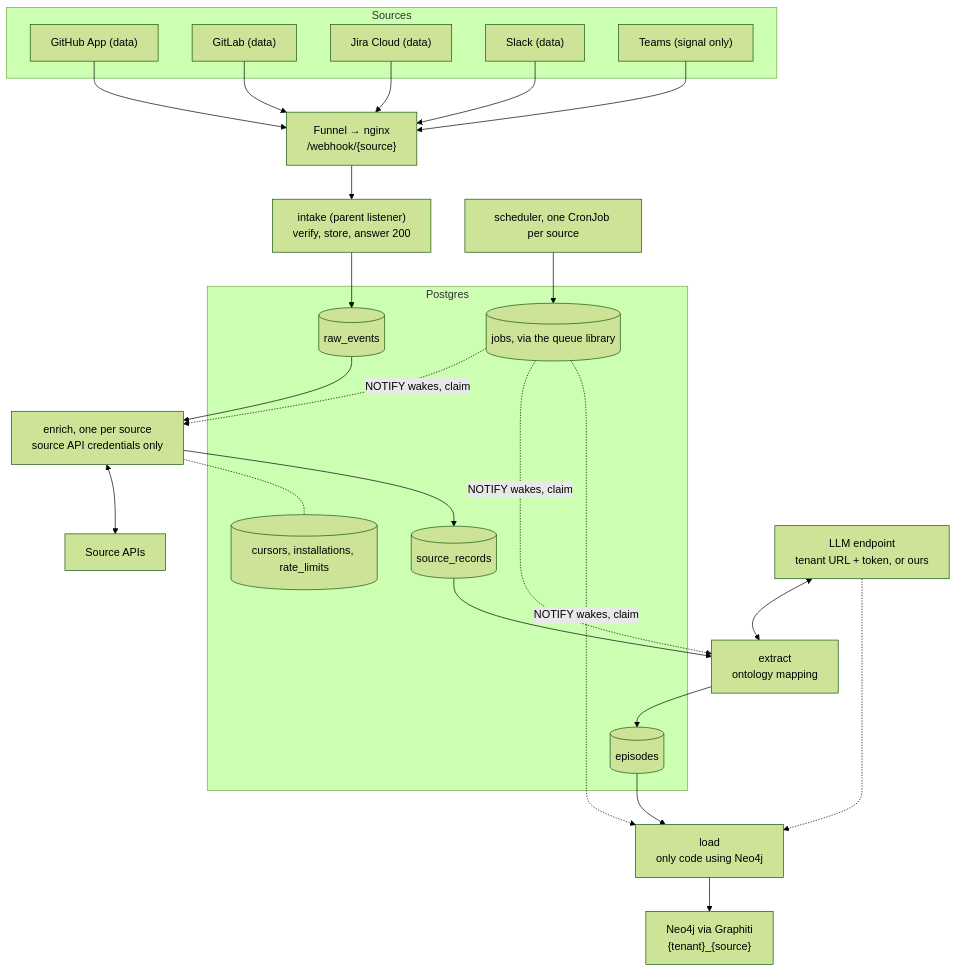
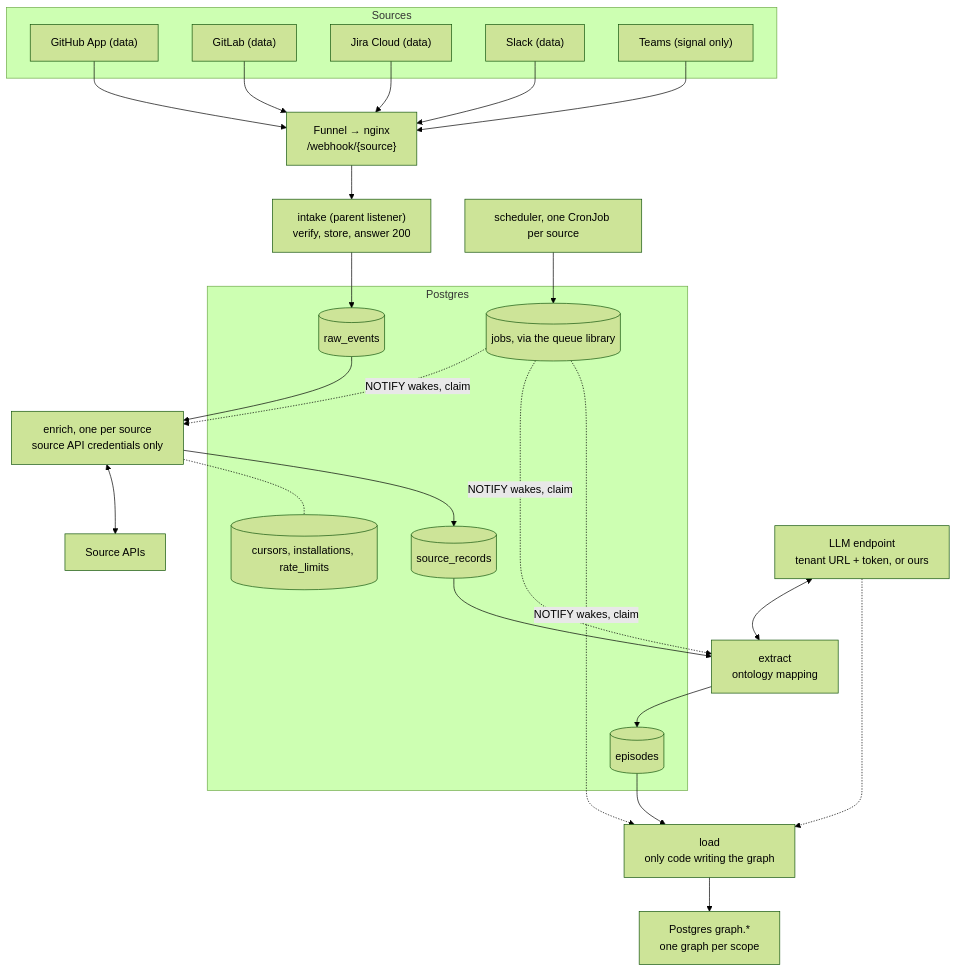
The diagram in docs/ingestion/architecture.md (cbu-capstone-design-27/ember), drawn with Mermaid (forest theme) before and after one commit. The commit also changed other lines of this file and 19 other files, not shown here.

First line of the commit message:
EMBER-169: docs describe Postgres as the only graph store; ADR 0013

````diff
--- a/docs/ingestion/architecture.md
+++ b/docs/ingestion/architecture.md
@@ -25,34 +25,34 @@
 ```mermaid
 flowchart TB
   subgraph Sources
     GH["GitHub App (data)"]
     GL["GitLab (data)"]
     JI["Jira Cloud (data)"]
     SL["Slack (data)"]
     TM["Teams (signal only)"]
   end
   GH & GL & JI & SL & TM --> NG["Funnel → nginx<br/>/webhook/{source}"]
   NG --> IN["intake (parent listener)<br/>verify, store, answer 200"]
 
   subgraph PG["Postgres"]
     RE[("raw_events")]
     SR[("source_records")]
     EP[("episodes")]
     JQ[("jobs, via the queue library")]
     CU[("cursors, installations, rate_limits")]
   end
 
   IN --> RE
   RE --> EN["enrich, one per source<br/>source API credentials only"]
   EN <--> API["Source APIs"]
   EN -.- CU
   EN --> SR
   SR --> EX["extract<br/>ontology mapping"]
   EX --> EP
-  EP --> LD["load<br/>only code using Neo4j"]
-  LD --> NEO["Neo4j via Graphiti<br/>{tenant}_{source}"]
+  EP --> LD["load<br/>only code writing the graph"]
+  LD --> NEO["Postgres graph.*<br/>one graph per scope"]
   LLM["LLM endpoint<br/>tenant URL + token, or ours"] <--> EX
   LLM -.-> LD
   SCH["scheduler, one CronJob per source"] --> JQ
   JQ -.->|NOTIFY wakes, claim| EN & EX & LD
 ```
````
